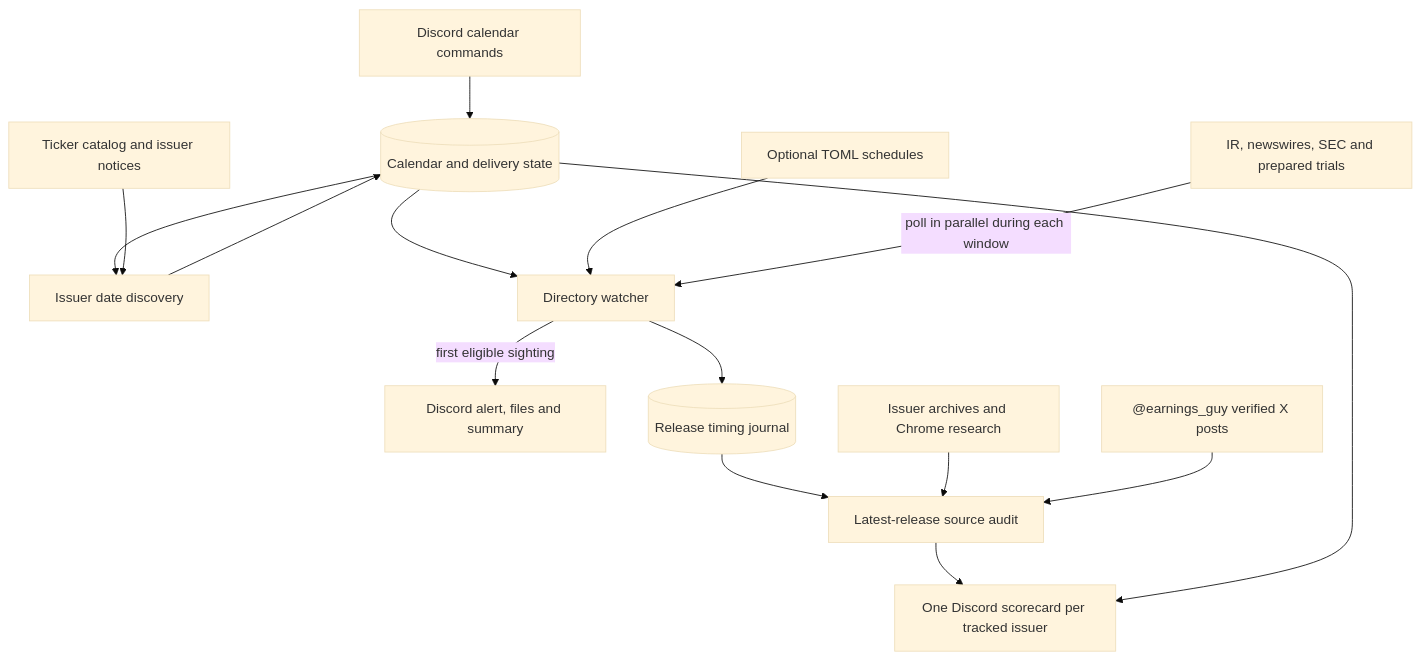
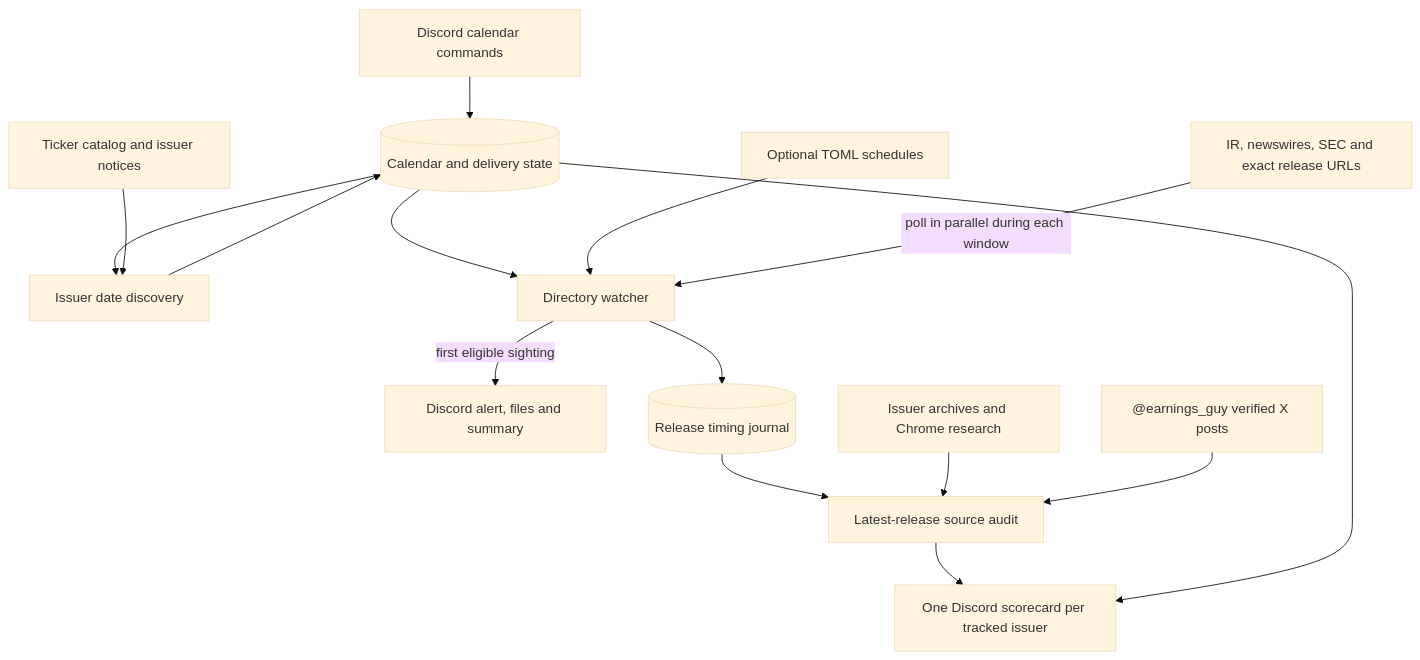
Before and after one commit to es6/earnings-bot: the diagram in docs/architecture.md, drawn with Mermaid (base theme). The commit also changed other lines of this file and 36 other files, not shown here.

````diff
--- a/docs/architecture.md
+++ b/docs/architecture.md
@@ -14,17 +14,17 @@
 ```mermaid
 flowchart TD
     track["Discord calendar commands"] --> state[("Calendar and delivery state")]
     state --> discovery["Issuer date discovery"]
     catalog["Ticker catalog and issuer notices"] --> discovery
     discovery --> state
     state --> watcher["Directory watcher"]
     files["Optional TOML schedules"] --> watcher
-    sources["IR, newswires, SEC and prepared trials"] -->|poll in parallel during each window| watcher
+    sources["IR, newswires, SEC and exact release URLs"] -->|poll in parallel during each window| watcher
     watcher -->|first eligible sighting| alert["Discord alert, files and summary"]
     watcher --> journal[("Release timing journal")]
     journal --> audit["Latest-release source audit"]
     ir["Issuer archives and Chrome research"] --> audit
     x["@earnings_guy verified X posts"] --> audit
     audit --> scorecard["One Discord scorecard per tracked issuer"]
     state --> scorecard
 ```
````
